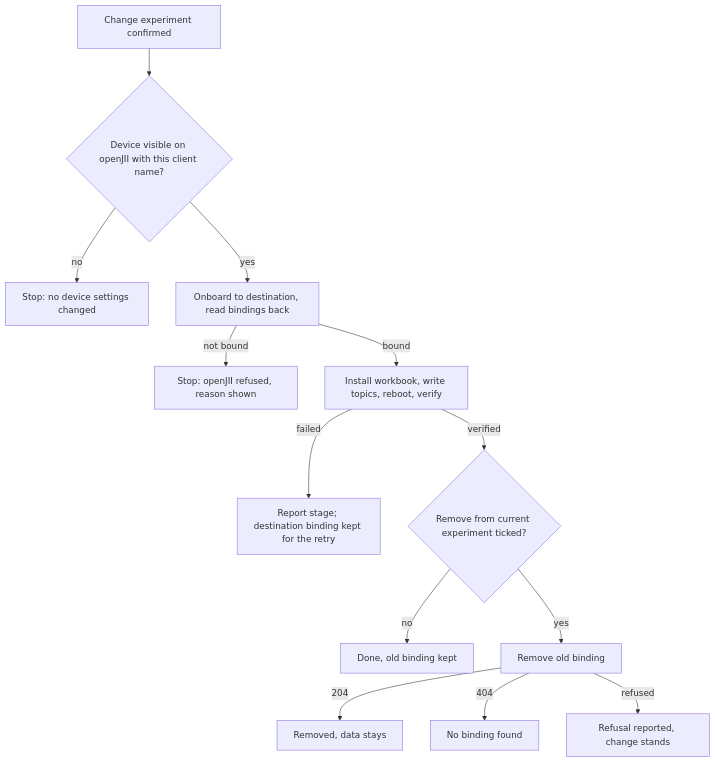
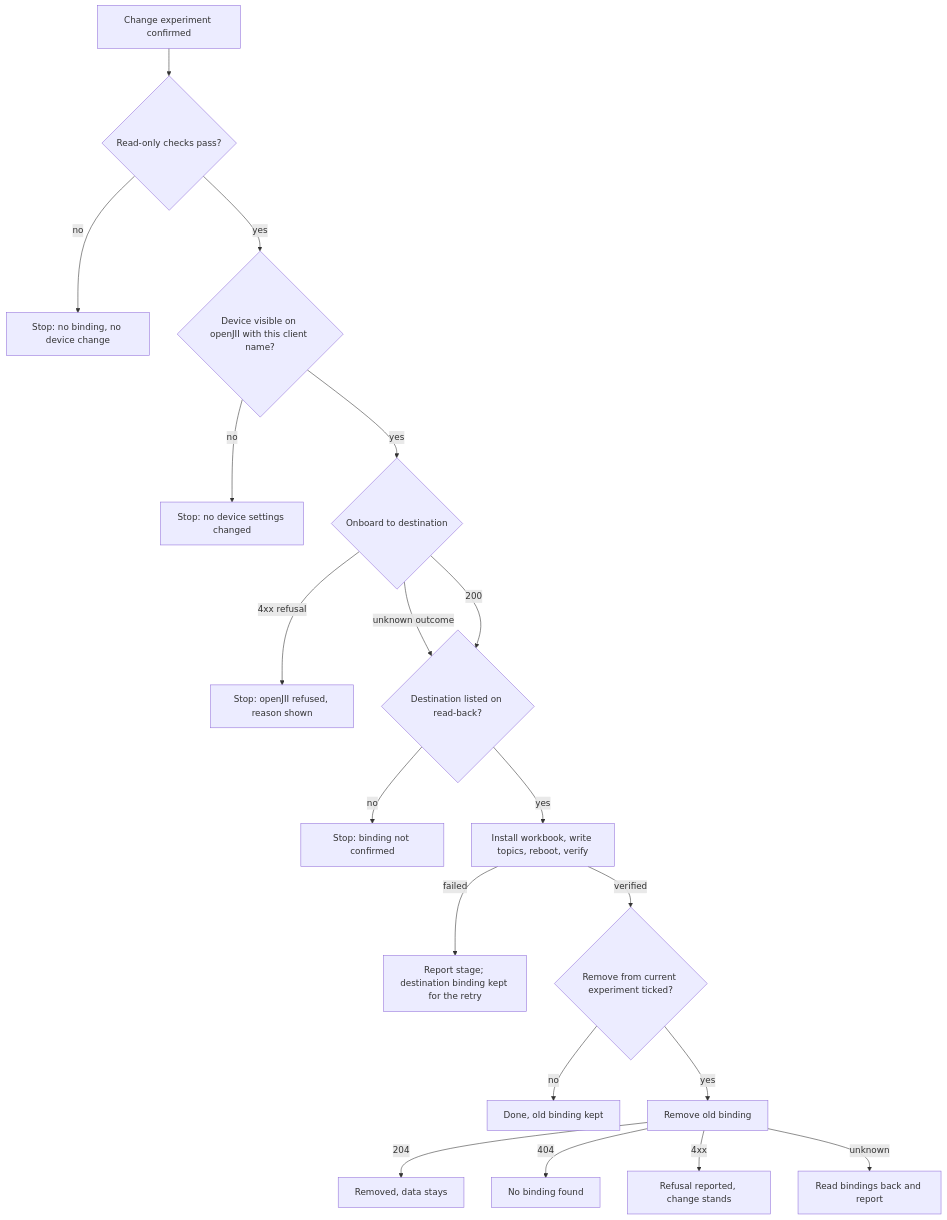
Before and after one commit to Jan-IngenHousz-Institute/ambyte-iot: the second of 4 diagrams in docs/usb-experiment-maintenance.md, drawn with Mermaid. The commit also changed other lines of this file and 5 other files, not shown here.

First line of the commit message:
fix(flash-gui): stop on a definite refusal and check before binding

````diff
--- a/docs/usb-experiment-maintenance.md
+++ b/docs/usb-experiment-maintenance.md
@@ -68,15 +75,22 @@
 ```mermaid
 flowchart TD
-    Start[Change experiment confirmed] --> Find{Device visible on openJII with this client name?}
+    Start[Change experiment confirmed] --> Pre{Read-only checks pass?}
+    Pre -->|no| Stop0[Stop: no binding, no device change]
+    Pre -->|yes| Find{Device visible on openJII with this client name?}
     Find -->|no| Stop1[Stop: no device settings changed]
-    Find -->|yes| Bind[Onboard to destination, read bindings back]
-    Bind -->|not bound| Stop2[Stop: openJII refused, reason shown]
-    Bind -->|bound| Change[Install workbook, write topics, reboot, verify]
+    Find -->|yes| Bind{Onboard to destination}
+    Bind -->|4xx refusal| Stop2[Stop: openJII refused, reason shown]
+    Bind -->|unknown outcome| Back{Destination listed on read-back?}
+    Back -->|no| Stop3[Stop: binding not confirmed]
+    Back -->|yes| Change
+    Bind -->|200| Back
+    Change[Install workbook, write topics, reboot, verify]
     Change -->|failed| Keep[Report stage; destination binding kept for the retry]
     Change -->|verified| Ticked{Remove from current experiment ticked?}
     Ticked -->|no| Done[Done, old binding kept]
     Ticked -->|yes| Remove[Remove old binding]
     Remove -->|204| Removed[Removed, data stays]
     Remove -->|404| None[No binding found]
-    Remove -->|refused| Reported[Refusal reported, change stands]
+    Remove -->|4xx| Reported[Refusal reported, change stands]
+    Remove -->|unknown| Check[Read bindings back and report]
 ```
````
